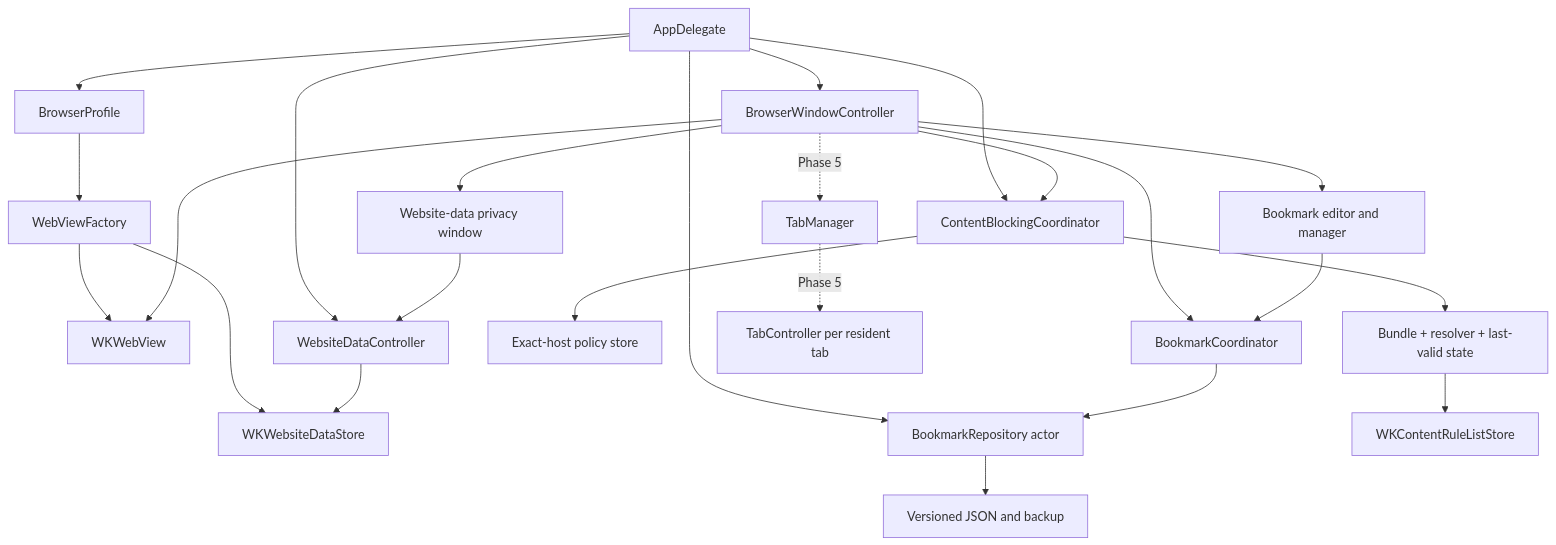
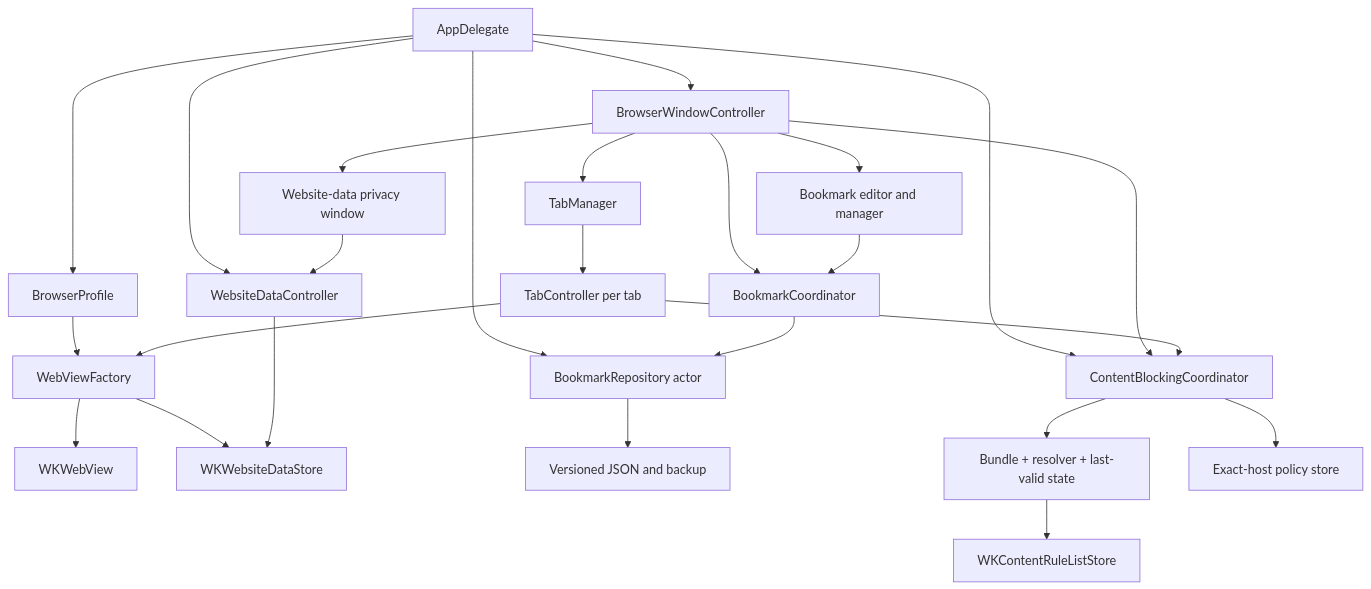
Before and after one commit to utpalchakraborty/browser: the diagram in docs/architecture.md, drawn with Mermaid. The commit also changed other lines of this file and 20 other files, not shown here.

Commit message:
Complete Phase 5 minimal tabs

```diff
--- a/docs/architecture.md
+++ b/docs/architecture.md
@@ -99,29 +100,30 @@
 ~~~mermaid
 flowchart TD
     App[AppDelegate] --> Window[BrowserWindowController]
     App --> Profile[BrowserProfile]
     Profile --> Factory[WebViewFactory]
+    Window --> Tabs[TabManager]
+    Tabs --> Tab[TabController per tab]
+    Tab --> Factory
     Factory --> Web[WKWebView]
     Factory --> Store[WKWebsiteDataStore]
-    Window --> Web
 
     App --> Repository[BookmarkRepository actor]
     Window --> Coordinator[BookmarkCoordinator]
     Window --> BookmarkUI[Bookmark editor and manager]
     BookmarkUI --> Coordinator
     Coordinator --> Repository
     Repository --> Files[Versioned JSON and backup]
 
     App --> Blocking[ContentBlockingCoordinator]
     Blocking --> Resolver[Bundle + resolver + last-valid state]
     Blocking --> SitePolicy[Exact-host policy store]
     Resolver --> RuleStore[WKContentRuleListStore]
     Window --> Blocking
+    Tab --> Blocking
 
     App --> DataController[WebsiteDataController]
     DataController --> Store
     Window --> PrivacyUI[Website-data privacy window]
     PrivacyUI --> DataController
-    Window -. Phase 5 .-> Tabs[TabManager]
-    Tabs -. Phase 5 .-> Tab[TabController per resident tab]
 ~~~
```
